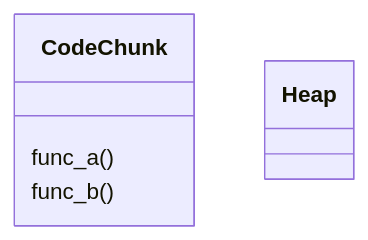
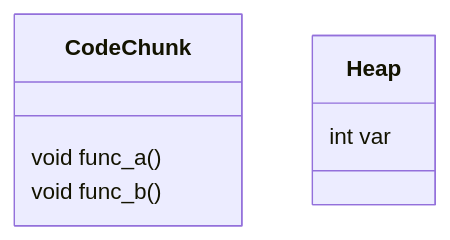
Before and after one commit to PeterWrighten/ExcellentOCW: the first of 2 diagrams in MIT_6.S096/README.md, drawn with Mermaid. The commit also changed 1 other file, not shown here.

````diff
--- a/MIT_6.S096/README.md
+++ b/MIT_6.S096/README.md
@@ -974,11 +974,12 @@
 ```mermaid
 classDiagram
 
 class CodeChunk
-CodeChunk: func_a()
+CodeChunk:void func_a()
 
-CodeChunk: func_b()
+CodeChunk:void func_b()
 
 class Heap
+Heap:int var
 
 ```
````
